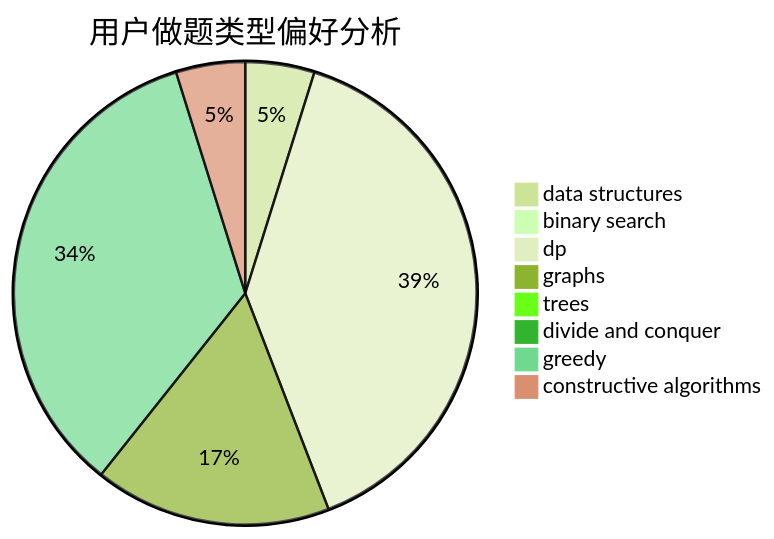
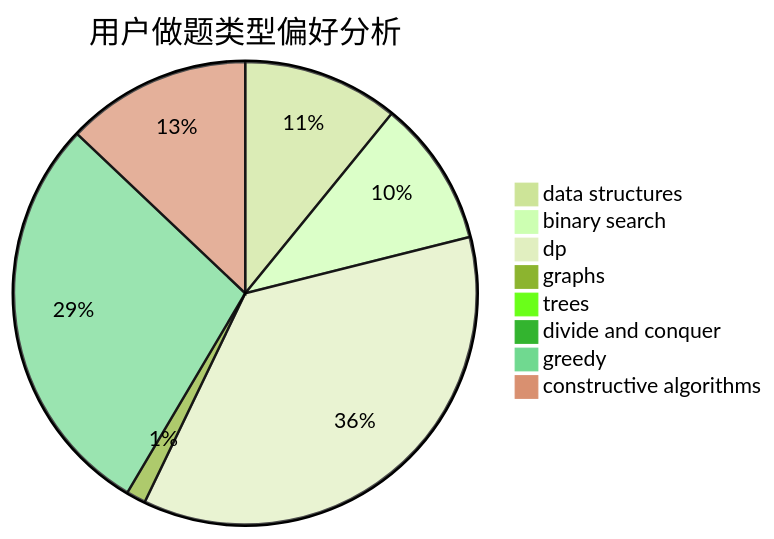
One commit to sherpahu/cfrs.github.io changed the second of 3 diagrams in docs/user/u1087.md. Above: the diagram before and after it, drawn with Mermaid (forest theme). The commit also changed other lines of this file and 2770 other files, not shown here.

````diff
--- a/docs/user/u1087.md
+++ b/docs/user/u1087.md
@@ -23,11 +23,11 @@
 ```mermaid
 pie title 用户做题类型偏好分析
-    "data structures" :  7
-    "binary search" :  0
-    "dp" :  57
-    "graphs" :  24
+    "data structures" :  16
+    "binary search" :  15
+    "dp" :  53
+    "graphs" :  2
     "trees" :  0
     "divide and conquer" :  0
-    "greedy" :  50
-    "constructive algorithms" :  7
+    "greedy" :  42
+    "constructive algorithms" :  19
 ```
````
